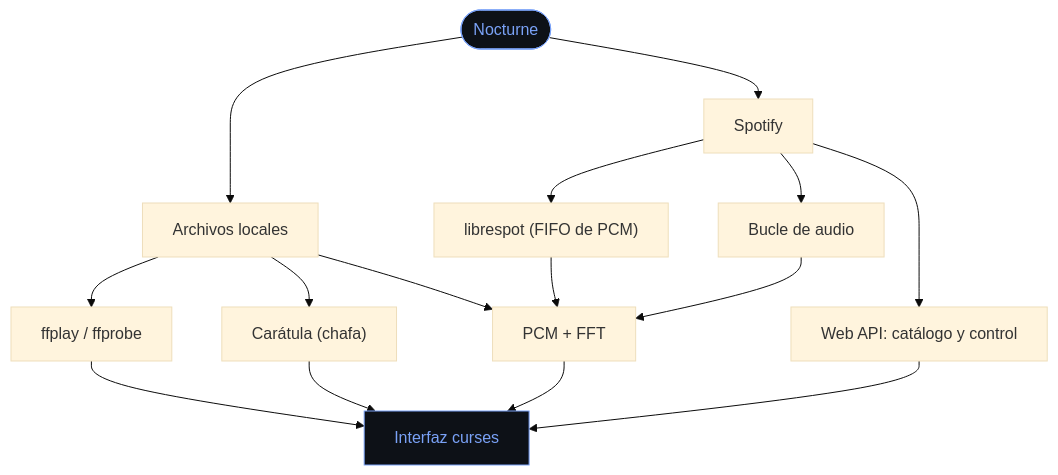
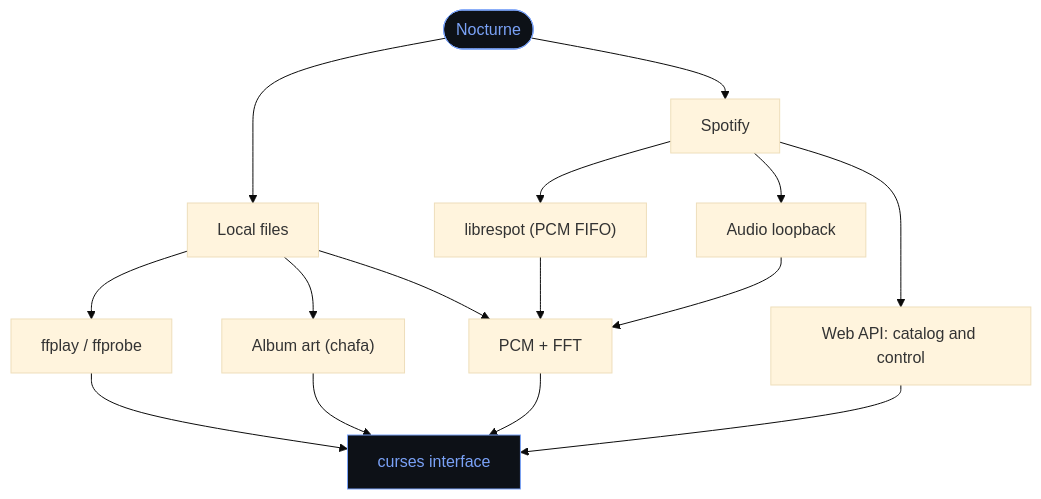
Before and after one commit to alexcalatyd/Nocturne: the diagram in README.md, drawn with Mermaid (base theme). The commit also changed other lines of this file and 3 other files, not shown here.

````diff
--- a/README.md
+++ b/README.md
@@ -306,19 +281,19 @@
 ```mermaid
 flowchart TD
-    N([Nocturne]) --> L[Archivos locales]
+    N([Nocturne]) --> L[Local files]
     N --> S[Spotify]
 
     L --> FF["ffplay / ffprobe"]
-    L --> AR["Carátula (chafa)"]
+    L --> AR["Album art (chafa)"]
     L --> AN["PCM + FFT"]
 
-    S --> API["Web API: catálogo y control"]
-    S --> LR["librespot (FIFO de PCM)"]
-    S --> LB["Bucle de audio"]
+    S --> API["Web API: catalog and control"]
+    S --> LR["librespot (PCM FIFO)"]
+    S --> LB["Audio loopback"]
     LR & LB --> AN
 
-    FF & AR & AN & API --> UI["Interfaz curses"]
+    FF & AR & AN & API --> UI["curses interface"]
 
     classDef brand fill:#0d1117,stroke:#7aa2f7,color:#7aa2f7
     class N,UI brand
 ```
````
